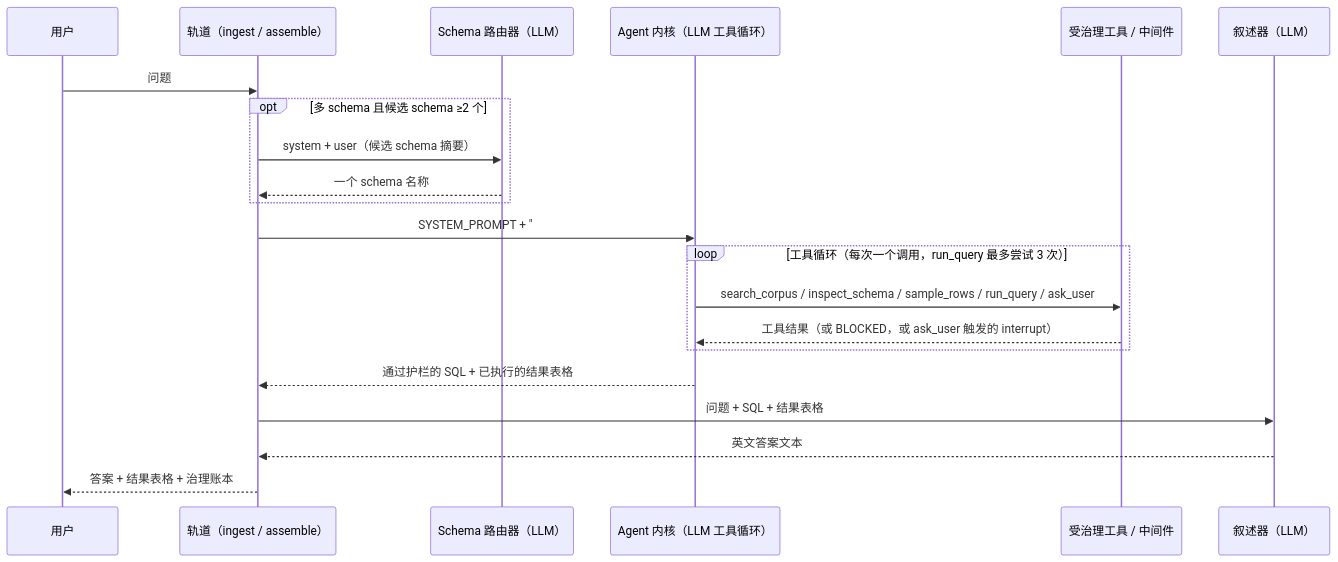
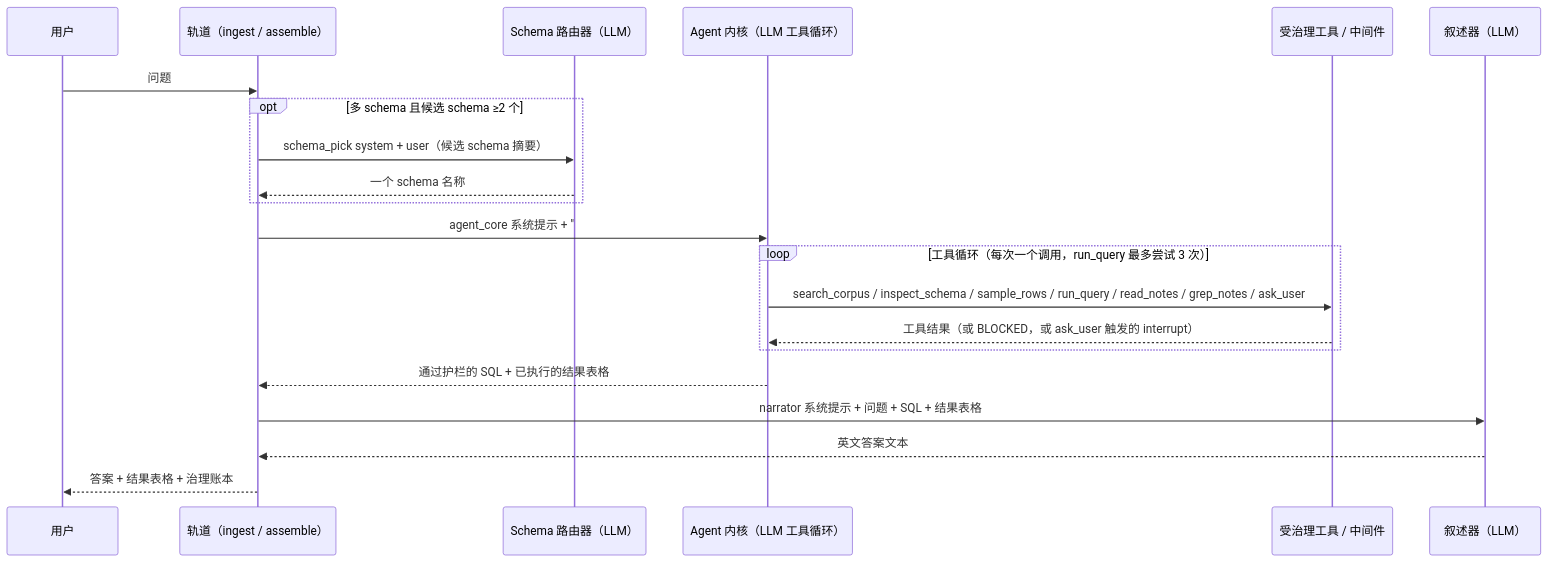
Before and after one commit to Minhao-Zhang/governed-bi: the diagram in docs/analyst-llm-call.zh.md, drawn with Mermaid. The commit also changed other lines of this file and 118 other files, not shown here.

````diff
--- a/docs/analyst-llm-call.zh.md
+++ b/docs/analyst-llm-call.zh.md
@@ -318,24 +378,24 @@
 ```mermaid
 sequenceDiagram
     participant U as 用户
     participant R as 轨道（ingest / assemble）
     participant SR as Schema 路由器（LLM）
     participant A as Agent 内核（LLM 工具循环）
     participant T as 受治理工具 / 中间件
     participant N as 叙述器（LLM）
 
     U->>R: 问题
     opt 多 schema 且候选 schema ≥2 个
-        R->>SR: system + user（候选 schema 摘要）
+        R->>SR: schema_pick system + user（候选 schema 摘要）
         SR-->>R: 一个 schema 名称
     end
-    R->>A: SYSTEM_PROMPT + "## Governed context", HumanMessage(question)
+    R->>A: agent_core 系统提示 + "## Governed context", HumanMessage(question)
     loop 工具循环（每次一个调用，run_query 最多尝试 3 次）
-        A->>T: search_corpus / inspect_schema / sample_rows / run_query / ask_user
+        A->>T: search_corpus / inspect_schema / sample_rows / run_query / read_notes / grep_notes / ask_user
         T-->>A: 工具结果（或 BLOCKED，或 ask_user 触发的 interrupt）
     end
     A-->>R: 通过护栏的 SQL + 已执行的结果表格
-    R->>N: 问题 + SQL + 结果表格
+    R->>N: narrator 系统提示 + 问题 + SQL + 结果表格
     N-->>R: 英文答案文本
     R-->>U: 答案 + 结果表格 + 治理账本
 ```
````
